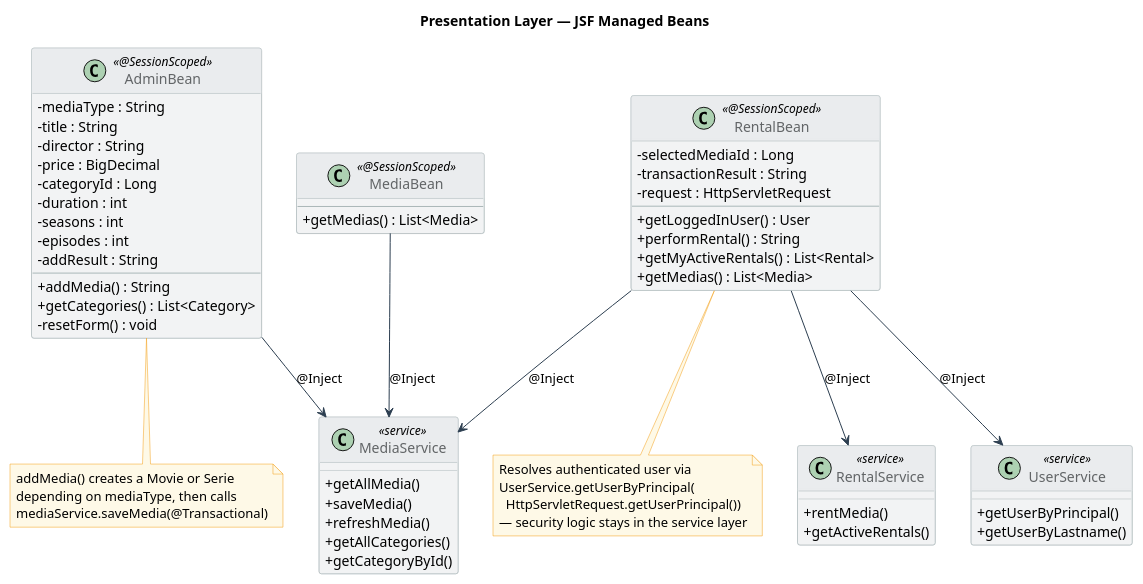
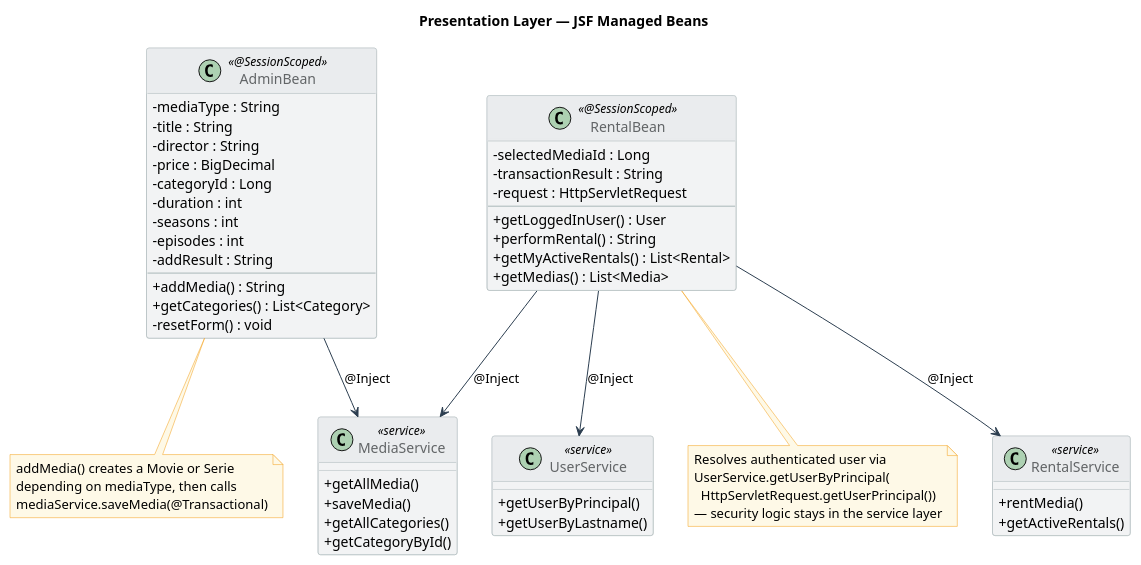
The diagram in UML/layer-presentation.puml (bearinthemountain/ImplementingServices), drawn with PlantUML before and after one commit. The commit also changed 5 other files, not shown here.

Commit message:
refactor(service): remove unused methods from MediaService and RentalService

```diff
--- a/UML/layer-presentation.puml
+++ b/UML/layer-presentation.puml
@@ -1,104 +1,97 @@
 @startuml layer-presentation
 skinparam classAttributeIconSize 0
 skinparam class {
   BackgroundColor White
   BorderColor #2C3E50
   HeaderBackgroundColor #D6EAF8
   FontName Arial
 }
 skinparam arrow {
   Color #2C3E50
 }
 skinparam note {
   BackgroundColor #FEF9E7
   BorderColor #F39C12
 }
 
 title Presentation Layer — JSF Managed Beans
 
 ' ══════════════════════════════════════════
 '  PRESENTATION (main layer)
 ' ══════════════════════════════════════════
 class AdminBean <<@SessionScoped>> {
   - mediaType : String
   - title : String
   - director : String
   - price : BigDecimal
   - categoryId : Long
   - duration : int
   - seasons : int
   - episodes : int
   - addResult : String
   --
   + addMedia() : String
   + getCategories() : List<Category>
   - resetForm() : void
 }
 
 class RentalBean <<@SessionScoped>> {
   - selectedMediaId : Long
   - transactionResult : String
   - request : HttpServletRequest
   --
   + getLoggedInUser() : User
   + performRental() : String
   + getMyActiveRentals() : List<Rental>
   + getMedias() : List<Media>
 }
 
-class MediaBean <<@SessionScoped>> {
-  --
-  + getMedias() : List<Media>
-}
-
 ' ══════════════════════════════════════════
 '  SERVICE LAYER (external — simplified)
 ' ══════════════════════════════════════════
 skinparam class {
   BackgroundColor #F2F3F4
   BorderColor #AAB7B8
   HeaderBackgroundColor #EAECEE
   FontColor #626567
 }
 
 class MediaService <<service>> {
   + getAllMedia()
   + saveMedia()
-  + refreshMedia()
   + getAllCategories()
   + getCategoryById()
 }
 
 class RentalService <<service>> {
   + rentMedia()
   + getActiveRentals()
 }
 
 class UserService <<service>> {
   + getUserByPrincipal()
   + getUserByLastname()
 }
 
 ' ══════════════════════════════════════════
 '  @Inject dependencies
 ' ══════════════════════════════════════════
 AdminBean  --> MediaService  : @Inject
-MediaBean  --> MediaService  : @Inject
 RentalBean --> MediaService  : @Inject
 RentalBean --> RentalService : @Inject
 RentalBean --> UserService   : @Inject
 
 note bottom of RentalBean
   Resolves authenticated user via
   UserService.getUserByPrincipal(
     HttpServletRequest.getUserPrincipal())
   — security logic stays in the service layer
 end note
 
 note bottom of AdminBean
   addMedia() creates a Movie or Serie
   depending on mediaType, then calls
   mediaService.saveMedia(@Transactional)
 end note
 
 @enduml
```
